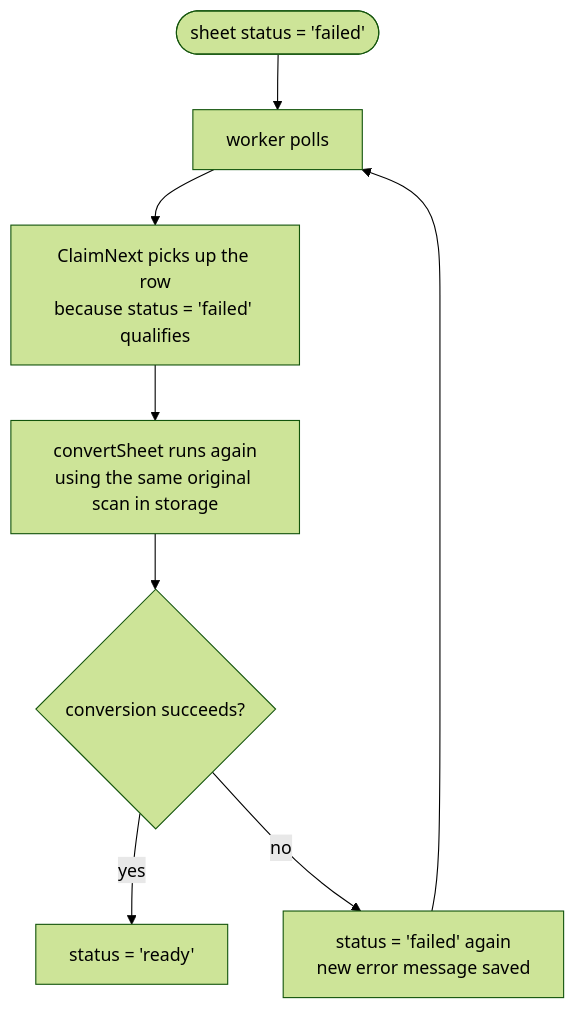
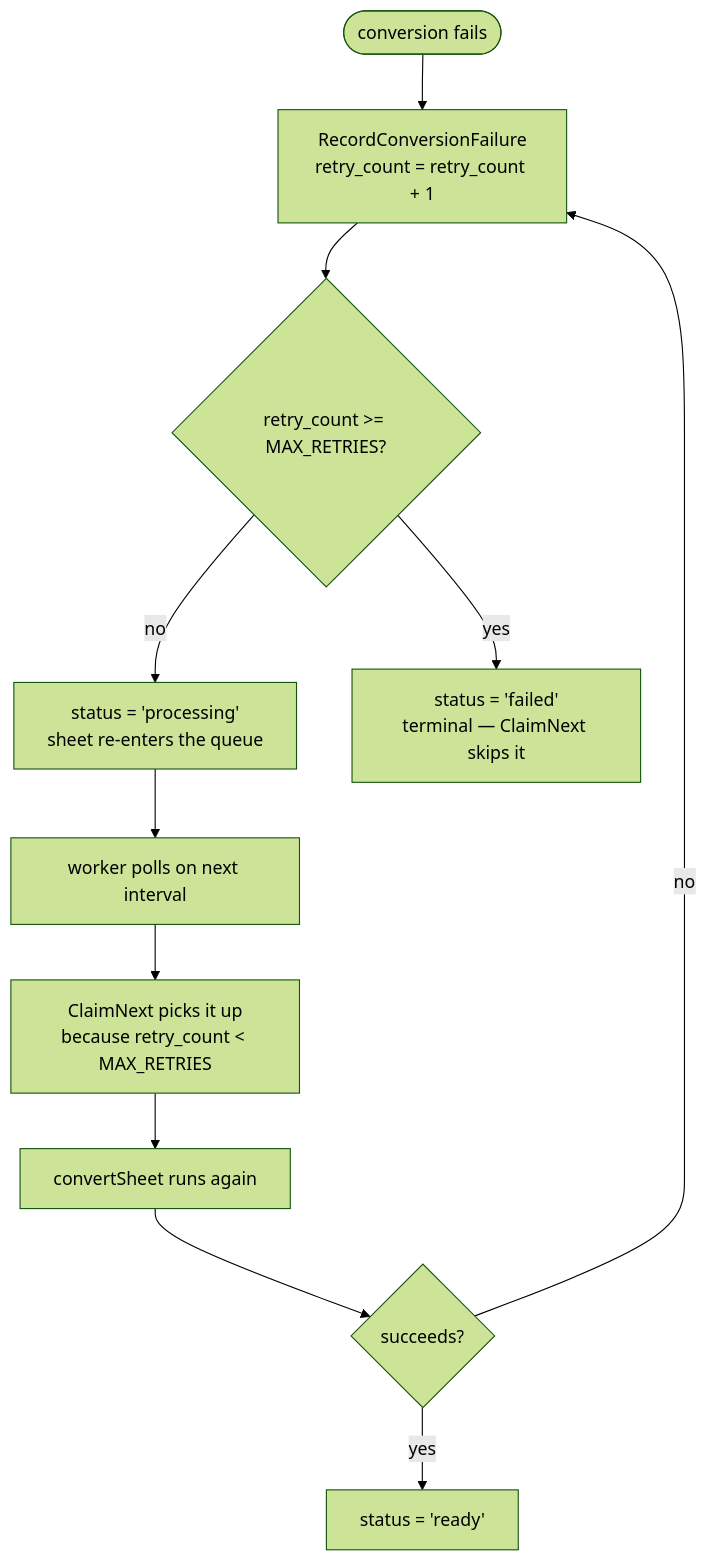
One commit to line-age/georef changed the third of 4 diagrams in docs/flows.md. Above: the diagram before and after it, drawn with Mermaid (forest theme). The commit also changed other lines of this file and 1 other file, not shown here.

First line of the commit message:
docs: update flows and env example for bounded retry mechanism

````diff
--- a/docs/flows.md
+++ b/docs/flows.md
@@ -118,10 +120,13 @@
 ```mermaid
 flowchart TD
-    A([sheet status = 'failed']) --> B[worker polls]
-    B --> C[ClaimNext picks up the row\nbecause status = 'failed' qualifies]
-    C --> D[convertSheet runs again\nusing the same original scan in storage]
-    D --> E{conversion succeeds?}
-    E -->|yes| F["status = 'ready'"]
-    E -->|no| G["status = 'failed' again\nnew error message saved"]
-    G --> B
+    A([conversion fails]) --> B["RecordConversionFailure\nretry_count = retry_count + 1"]
+    B --> C{retry_count >= MAX_RETRIES?}
+    C -->|no| D["status = 'processing'\nsheet re-enters the queue"]
+    C -->|yes| E["status = 'failed'\nterminal — ClaimNext skips it"]
+    D --> F[worker polls on next interval]
+    F --> G[ClaimNext picks it up\nbecause retry_count < MAX_RETRIES]
+    G --> H[convertSheet runs again]
+    H --> I{succeeds?}
+    I -->|yes| J["status = 'ready'"]
+    I -->|no| B
 ```
````
